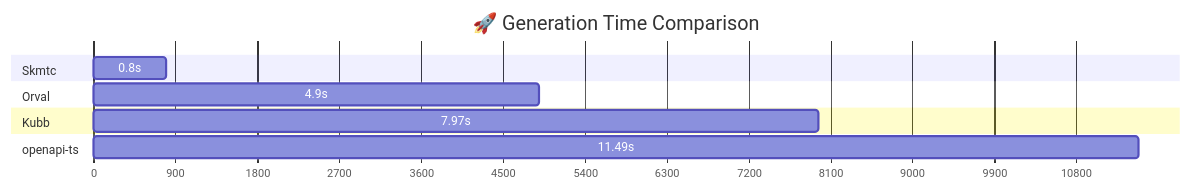
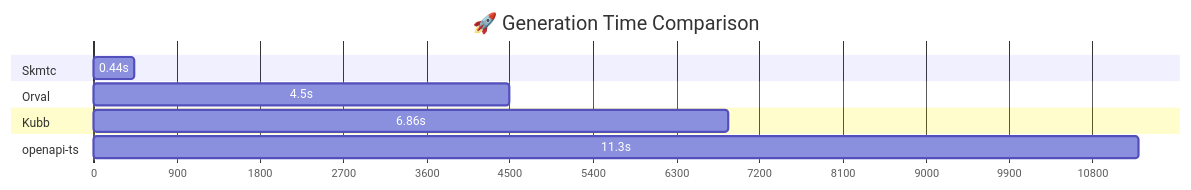
The diagram in README.md (skmtc/openapi-codegen-benchmarks), drawn with Mermaid before and after one commit. The commit also changed other lines of this file and 12 other files, not shown here.

````diff
--- a/README.md
+++ b/README.md
@@ -24,18 +24,18 @@
 ```mermaid
 gantt
     title 🚀 Generation Time Comparison
     dateFormat X
     axisFormat %s
     
     section Skmtc
-    0.8s :0, 800
+    0.44s :0, 442
     
     section Orval
-    4.9s :0, 4898
+    4.5s :0, 4498
     
     section Kubb
-    7.97s :0, 7969
+    6.86s :0, 6864
     
     section openapi-ts
-    11.49s :0, 11486
+    11.3s :0, 11300
 ```
````
